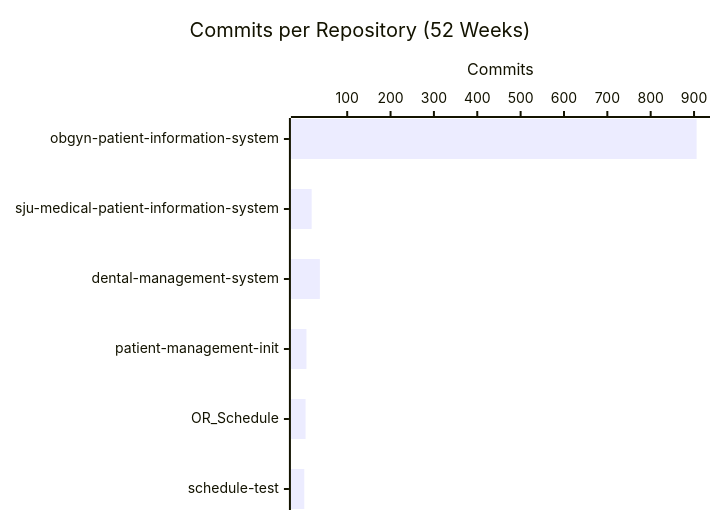
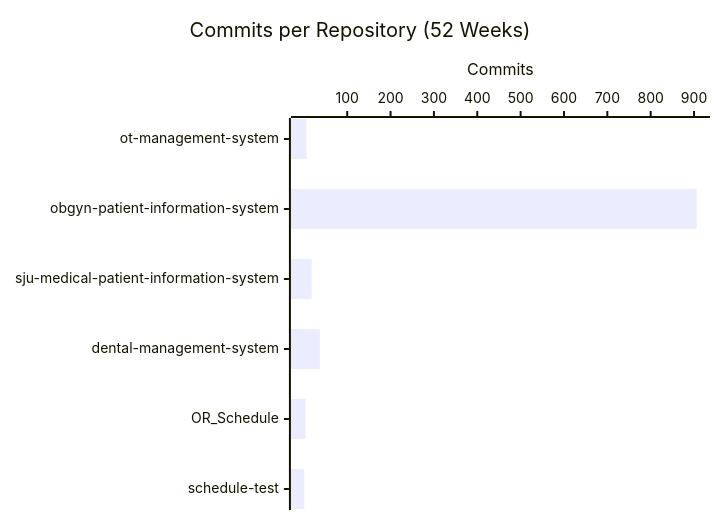
One commit to CSTH-Projects/.github changed the second of 4 diagrams in profile/README.md. Above: the diagram before and after it, drawn with Mermaid. The commit also changed other lines of this file, not shown here.

````diff
--- a/profile/README.md
+++ b/profile/README.md
@@ -24,7 +24,7 @@
 ```mermaid
 xychart-beta horizontal
     title "Commits per Repository (52 Weeks)"
-    x-axis ["obgyn-patient-information-system", "sju-medical-patient-information-system", "dental-management-system", "patient-management-init", "OR_Schedule", "schedule-test"]
+    x-axis ["ot-management-system", "obgyn-patient-information-system", "sju-medical-patient-information-system", "dental-management-system", "OR_Schedule", "schedule-test"]
     y-axis "Commits"
-    bar [906, 18, 37, 6, 4, 1]
+    bar [6, 906, 18, 37, 4, 1]
 ```
````
